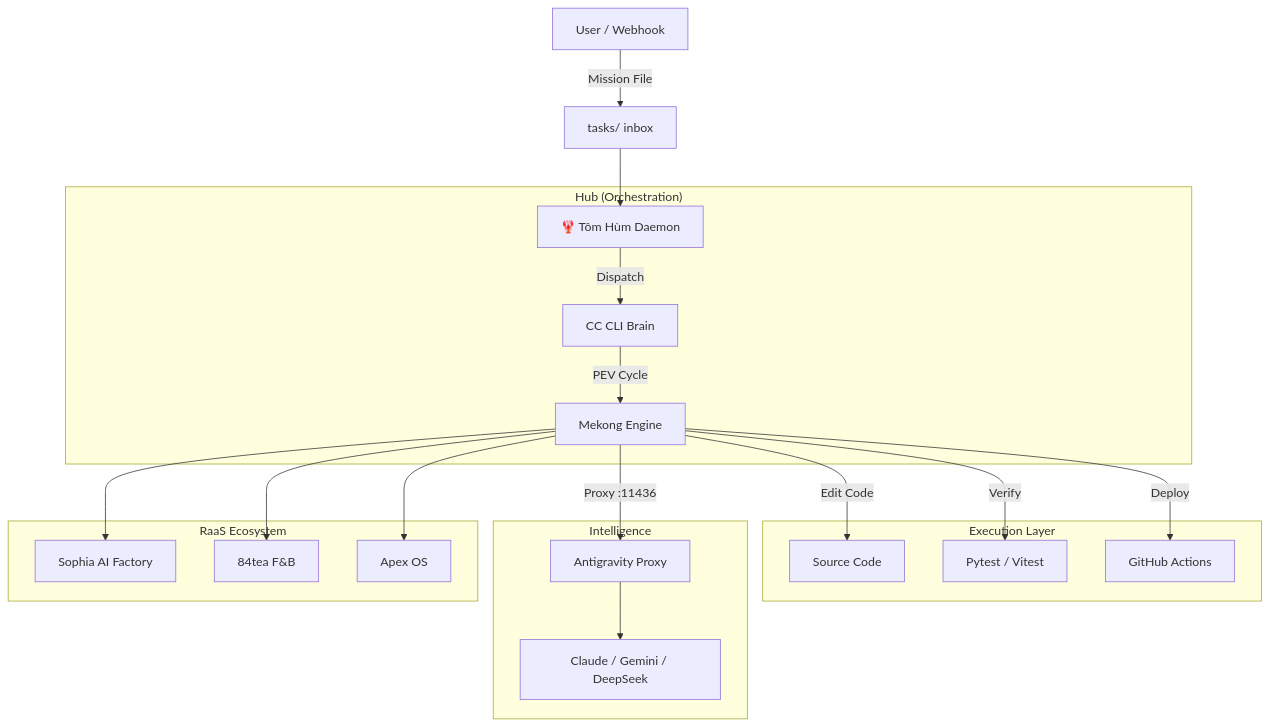
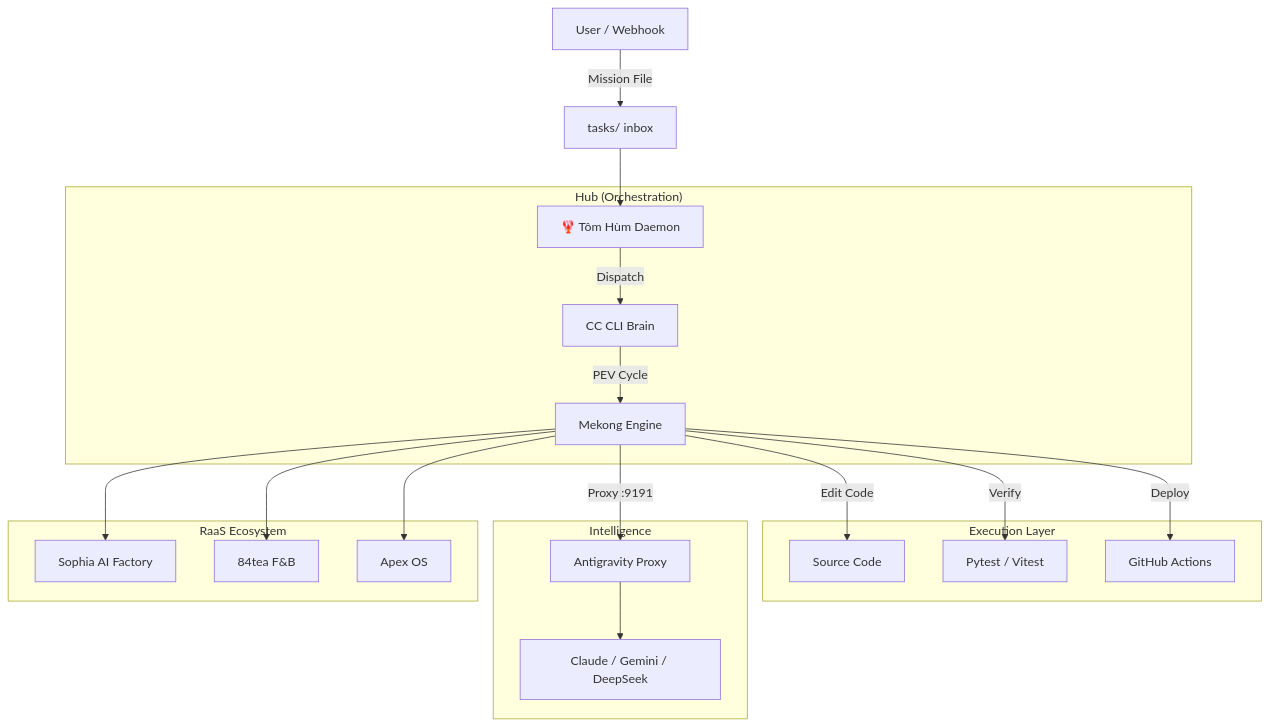
Before and after one commit to huuthongdongthap/mekong-cli: the diagram in README.md, drawn with Mermaid. The commit also changed other lines of this file and 25 other files, not shown here.

````diff
--- a/README.md
+++ b/README.md
@@ -50,27 +50,27 @@
 ```mermaid
 graph TD
     User[User / Webhook] -->|Mission File| Inbox[tasks/ inbox]
     Inbox --> TomHum[🦞 Tôm Hùm Daemon]
 
     subgraph "Hub (Orchestration)"
         TomHum -->|Dispatch| Brain[CC CLI Brain]
         Brain -->|PEV Cycle| Engine[Mekong Engine]
     end
 
     subgraph "Execution Layer"
         Engine -->|Edit Code| Files[Source Code]
         Engine -->|Verify| Test[Pytest / Vitest]
         Engine -->|Deploy| CI[GitHub Actions]
     end
 
     subgraph "Intelligence"
-        Engine -->|Proxy :11436| Antigravity[Antigravity Proxy]
+        Engine -->|Proxy :9191| Antigravity[Antigravity Proxy]
         Antigravity --> Models[Claude / Gemini / DeepSeek]
     end
 
     subgraph "RaaS Ecosystem"
         Engine --> App1[Sophia AI Factory]
         Engine --> App2[84tea F&B]
         Engine --> App3[Apex OS]
     end
 ```
````
